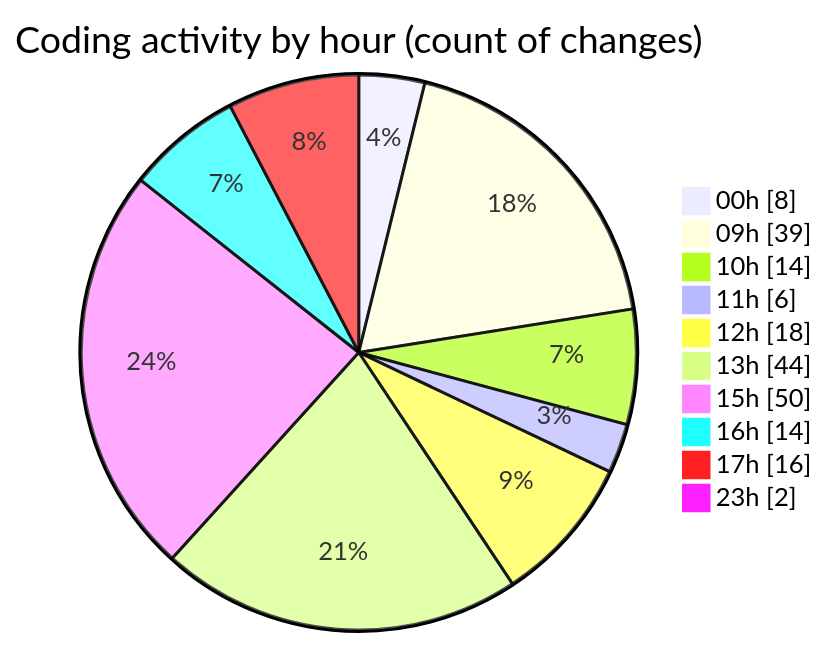
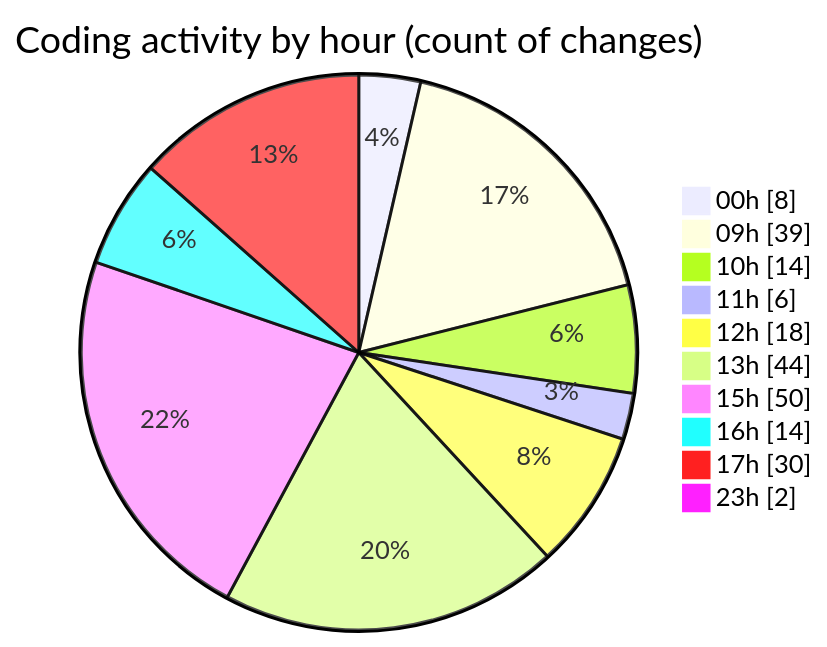
The second of 2 diagrams in 2025-12-18/cda/README.md (momahboobian/code-tracking), drawn with Mermaid before and after one commit. The commit also changed other lines of this file and 1 other file, not shown here.

````diff
--- a/2025-12-18/cda/README.md
+++ b/2025-12-18/cda/README.md
@@ -103,14 +114,14 @@
 ```mermaid
 pie showData
 title Coding activity by hour (count of changes)
 "00h" : 8
 "09h" : 39
 "10h" : 14
 "11h" : 6
 "12h" : 18
 "13h" : 44
 "15h" : 50
 "16h" : 14
-"17h" : 16
+"17h" : 30
 "23h" : 2
 ```
````
